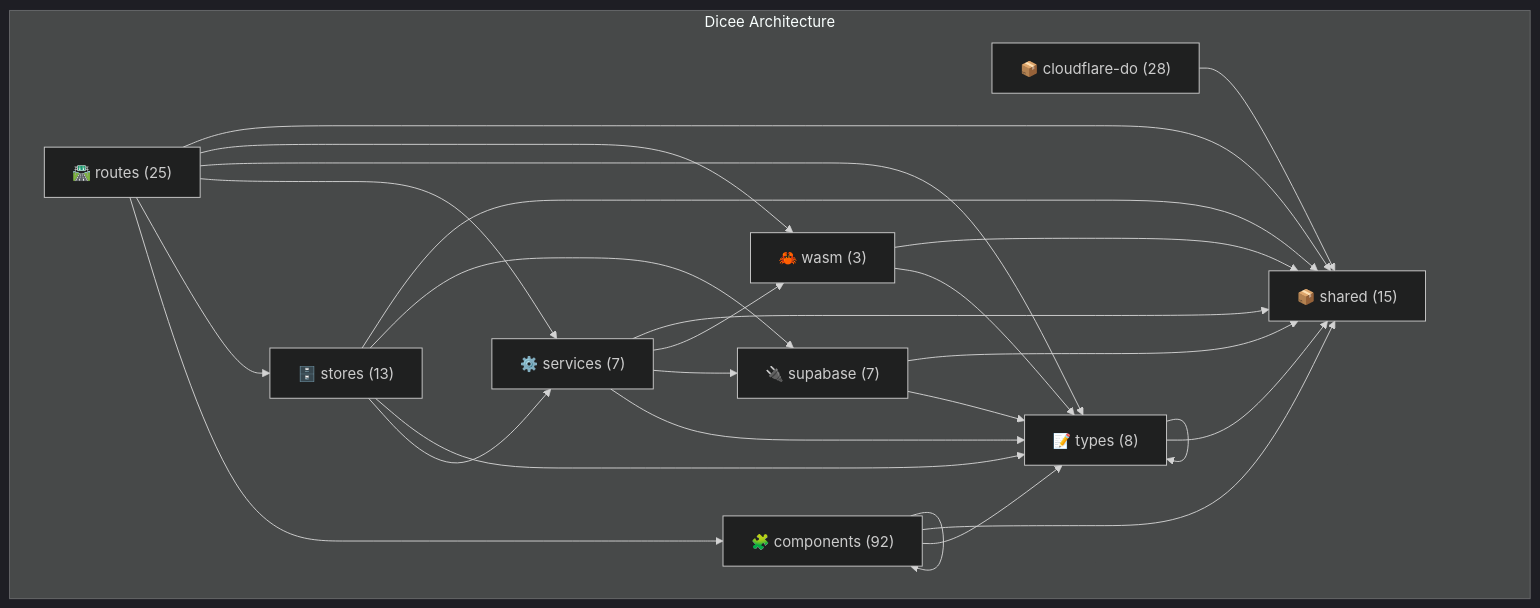
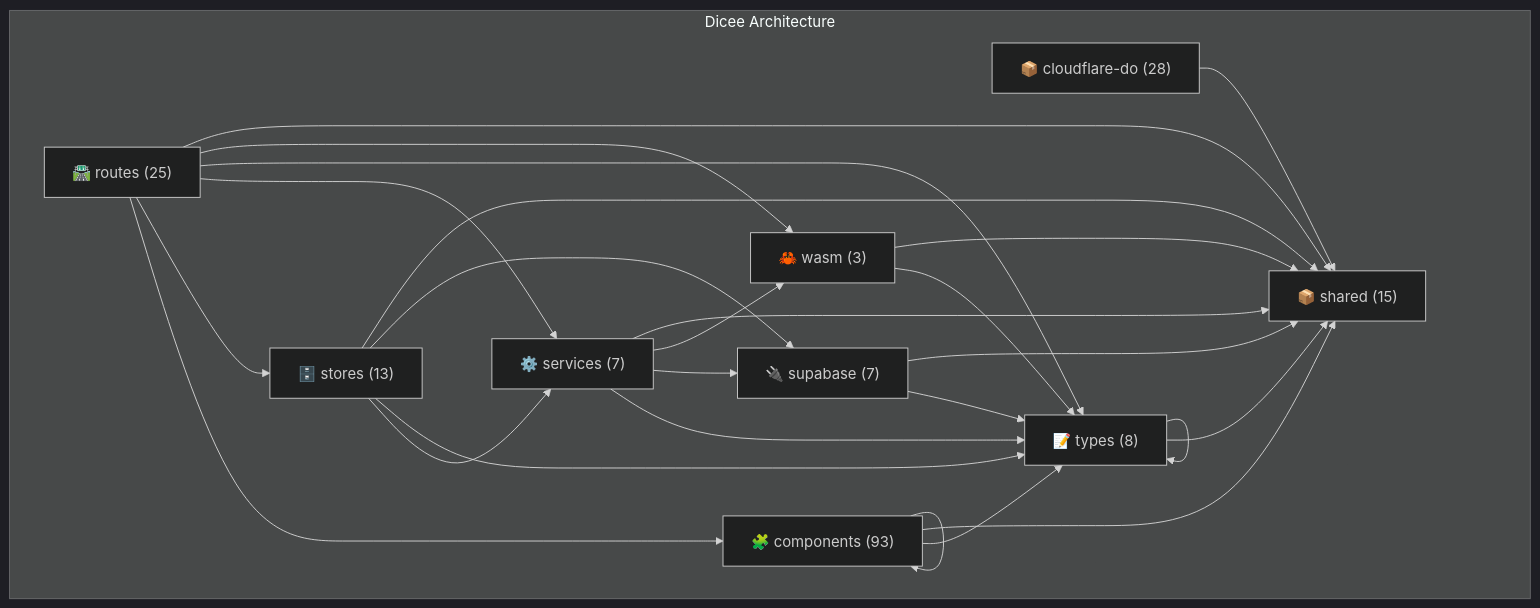
The diagram in docs/architecture/akg/diagrams/LAYER_ARCHITECTURE.md (verlyn13/dicee), drawn with Mermaid (dark theme) before and after one commit. The commit also changed other lines of this file and 50 other files, not shown here.

````diff
--- a/docs/architecture/akg/diagrams/LAYER_ARCHITECTURE.md
+++ b/docs/architecture/akg/diagrams/LAYER_ARCHITECTURE.md
@@ -16,39 +16,39 @@
 ```mermaid
 flowchart TB
     subgraph "Dicee Architecture"
         shared["📦 shared (15)"]
         cloudflare_do["📦 cloudflare-do (28)"]
         routes["🛣️ routes (25)"]
-        components["🧩 components (92)"]
+        components["🧩 components (93)"]
         stores["🗄️ stores (13)"]
         services["⚙️ services (7)"]
         types["📝 types (8)"]
         supabase["🔌 supabase (7)"]
         wasm["🦀 wasm (3)"]
     end
 
     cloudflare_do --> shared
     routes --> components
     routes --> stores
     routes --> services
     routes --> types
     routes --> wasm
     routes --> shared
     components --> components
     components --> types
     components --> shared
     stores --> services
     stores --> types
     stores --> supabase
     stores --> shared
     services --> types
     services --> supabase
     services --> wasm
     services --> shared
     types --> types
     types --> shared
     supabase --> types
     supabase --> shared
     wasm --> types
     wasm --> shared
 ```
````
